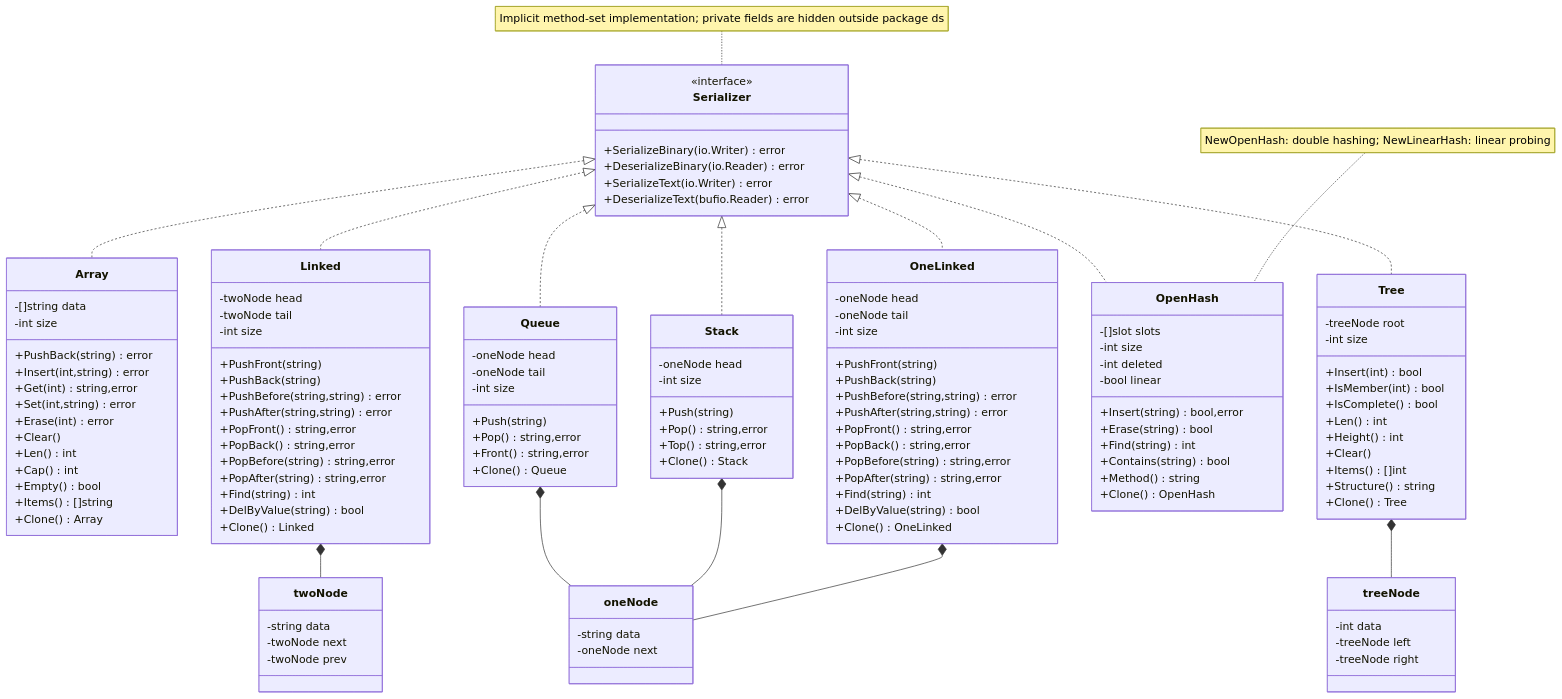
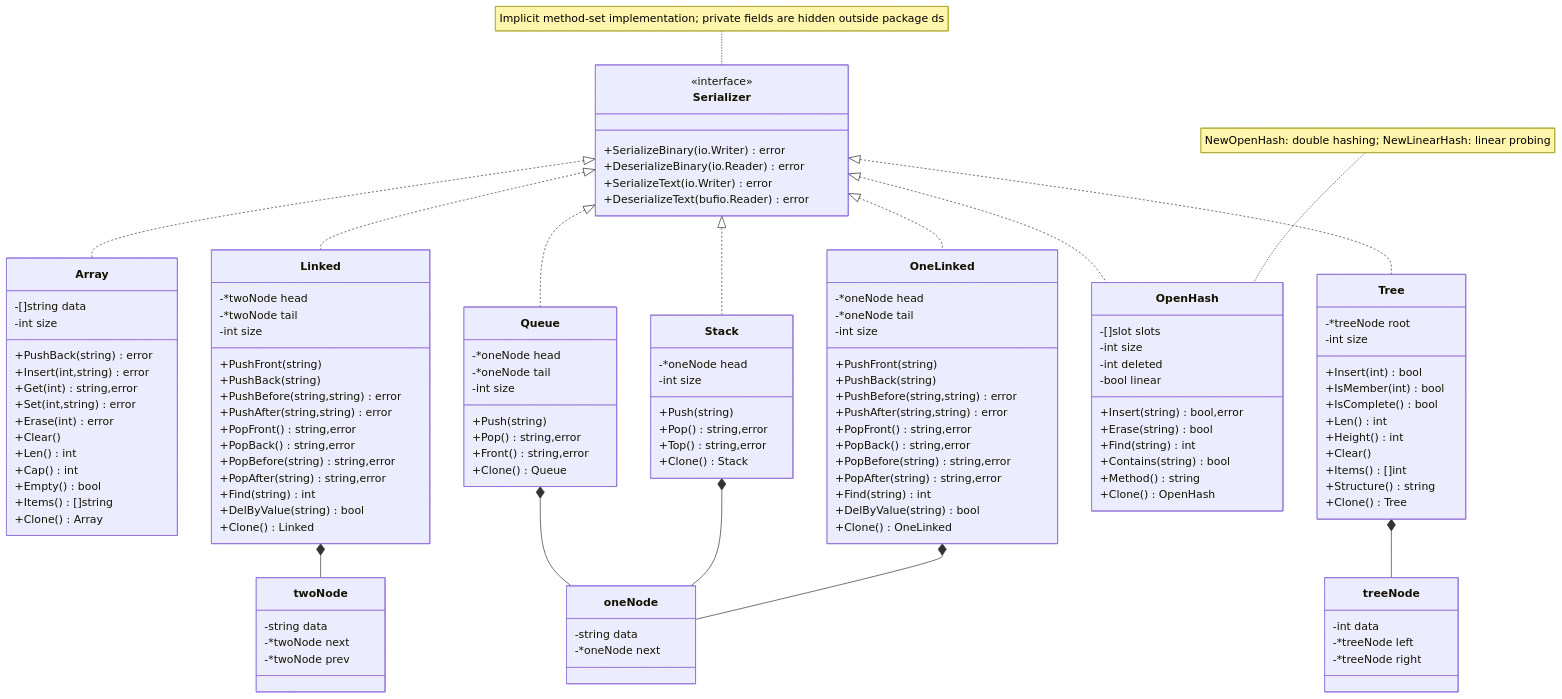
Before and after one commit to kencnbbbbb/lan3sem3: the diagram in docs/uml_go.mmd, drawn with Mermaid. The commit also changed 53 other files, not shown here.

```diff
--- a/docs/uml_go.mmd
+++ b/docs/uml_go.mmd
@@ -1,125 +1,125 @@
 classDiagram
 class Serializer {
  <<interface>>
  +SerializeBinary(io.Writer) error
  +DeserializeBinary(io.Reader) error
  +SerializeText(io.Writer) error
  +DeserializeText(bufio.Reader) error
 }
 class Array {
  -[]string data
  -int size
  +PushBack(string) error
  +Insert(int,string) error
  +Get(int) string,error
  +Set(int,string) error
  +Erase(int) error
  +Clear()
  +Len() int
  +Cap() int
  +Empty() bool
  +Items() []string
  +Clone() Array
 }
 class OneLinked {
- -oneNode head
- -oneNode tail
+ -*oneNode head
+ -*oneNode tail
  -int size
  +PushFront(string)
  +PushBack(string)
  +PushBefore(string,string) error
  +PushAfter(string,string) error
  +PopFront() string,error
  +PopBack() string,error
  +PopBefore(string) string,error
  +PopAfter(string) string,error
  +Find(string) int
  +DelByValue(string) bool
  +Clone() OneLinked
 }
 class Linked {
- -twoNode head
- -twoNode tail
+ -*twoNode head
+ -*twoNode tail
  -int size
  +PushFront(string)
  +PushBack(string)
  +PushBefore(string,string) error
  +PushAfter(string,string) error
  +PopFront() string,error
  +PopBack() string,error
  +PopBefore(string) string,error
  +PopAfter(string) string,error
  +Find(string) int
  +DelByValue(string) bool
  +Clone() Linked
 }
 class Stack {
- -oneNode head
+ -*oneNode head
  -int size
  +Push(string)
  +Pop() string,error
  +Top() string,error
  +Clone() Stack
 }
 class Queue {
- -oneNode head
- -oneNode tail
+ -*oneNode head
+ -*oneNode tail
  -int size
  +Push(string)
  +Pop() string,error
  +Front() string,error
  +Clone() Queue
 }
 class OpenHash {
  -[]slot slots
  -int size
  -int deleted
  -bool linear
  +Insert(string) bool,error
  +Erase(string) bool
  +Find(string) int
  +Contains(string) bool
  +Method() string
  +Clone() OpenHash
 }
 class Tree {
- -treeNode root
+ -*treeNode root
  -int size
  +Insert(int) bool
  +IsMember(int) bool
  +IsComplete() bool
  +Len() int
  +Height() int
  +Clear()
  +Items() []int
  +Structure() string
  +Clone() Tree
 }
 class oneNode {
  -string data
- -oneNode next
+ -*oneNode next
 }
 class twoNode {
  -string data
- -twoNode next
- -twoNode prev
+ -*twoNode next
+ -*twoNode prev
 }
 class treeNode {
  -int data
- -treeNode left
- -treeNode right
+ -*treeNode left
+ -*treeNode right
 }
 Serializer <|.. Array
 Serializer <|.. OneLinked
 Serializer <|.. Linked
 Serializer <|.. Stack
 Serializer <|.. Queue
 Serializer <|.. OpenHash
 Serializer <|.. Tree
 OneLinked *-- oneNode
 Stack *-- oneNode
 Queue *-- oneNode
 Linked *-- twoNode
 Tree *-- treeNode
 note for Serializer "Implicit method-set implementation; private fields are hidden outside package ds"
 note for OpenHash "NewOpenHash: double hashing; NewLinearHash: linear probing"
```
